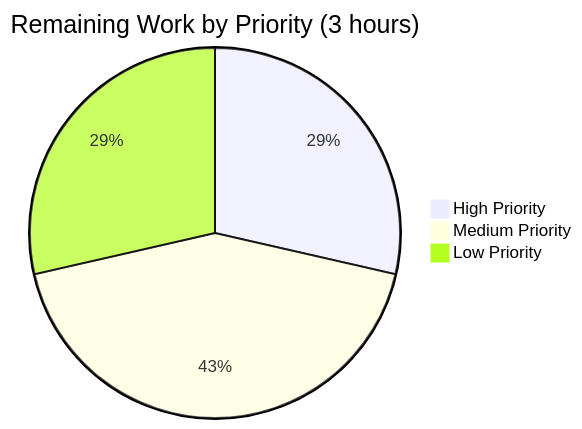
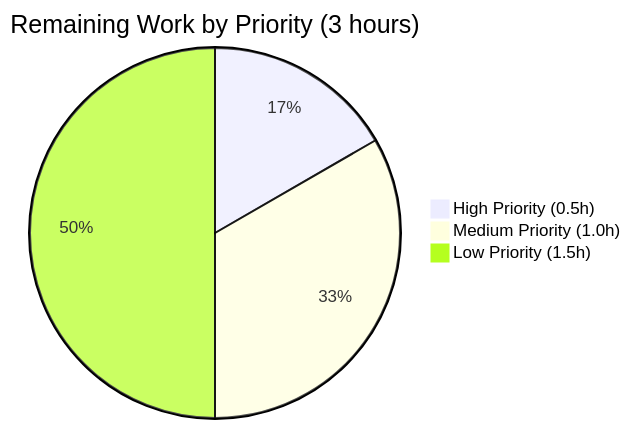
One commit to lakshya-blitzy/Feb_Repo changed the third of 4 diagrams in blitzy/documentation/Project Guide.md. Above: the diagram before and after it, drawn with Mermaid. The commit also changed other lines of this file, not shown here.

````diff
--- a/blitzy/documentation/Project Guide.md
+++ b/blitzy/documentation/Project Guide.md
@@ -222,6 +229,6 @@
 ```mermaid
 pie title Remaining Work by Priority (3 hours)
-    "High Priority" : 1
-    "Medium Priority" : 1.5
-    "Low Priority" : 1
+    "High Priority (0.5h)" : 0.5
+    "Medium Priority (1.0h)" : 1.0
+    "Low Priority (1.5h)" : 1.5
 ```
````
